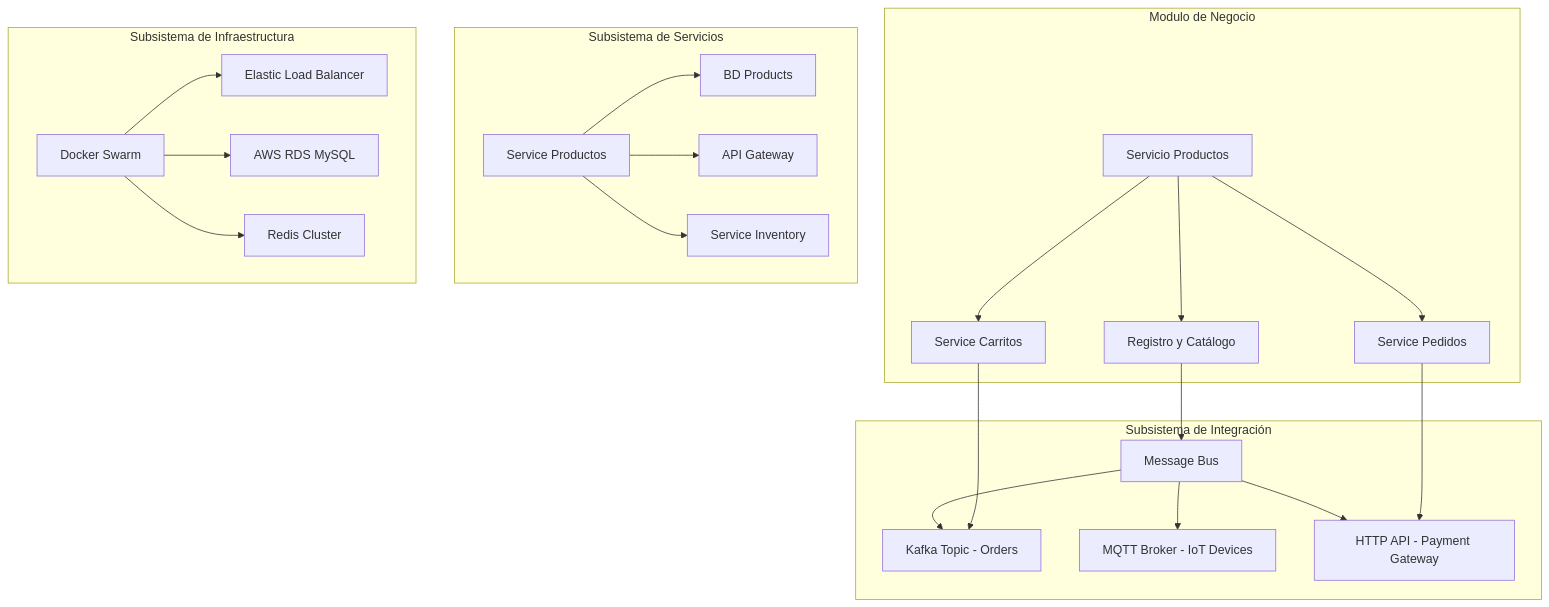
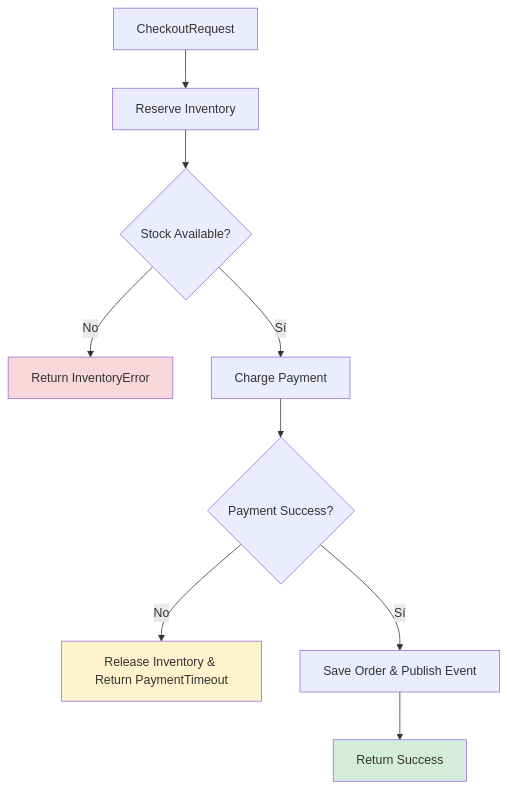
One commit to Joaquinriosheredia/DAM-Java-Mastery changed the third of 7 diagrams in _Review/arquitectura_ecommerce_de_alta_escalabilidad/arquitectura_ecommerce_de_alta_escalabilidad.md. Above: the diagram before and after it, drawn with Mermaid. The commit also changed other lines of this file, not shown here.

````diff
--- a/_Review/arquitectura_ecommerce_de_alta_escalabilidad/arquitectura_ecommerce_de_alta_escalabilidad.md
+++ b/_Review/arquitectura_ecommerce_de_alta_escalabilidad/arquitectura_ecommerce_de_alta_escalabilidad.md
@@ -90,30 +231,15 @@
 ```mermaid
 graph TD
-    subgraph Modulo de Negocio
-        A[Servicio Productos] --> B[Registro y Catálogo]
-        A --> C[Service Carritos]
-        A --> D[Service Pedidos]
-    end
+    A[CheckoutRequest] --> B[Reserve Inventory]
+    B --> C{Stock Available?}
+    C -->|No| D[Return InventoryError]
+    C -->|Sí| E[Charge Payment]
+    E --> F{Payment Success?}
+    F -->|No| G[Release Inventory & Return PaymentTimeout]
+    F -->|Sí| H[Save Order & Publish Event]
+    H --> I[Return Success]
     
-    subgraph Subsistema de Servicios
-        E[Service Productos] --> F[BD Products]
-        E --> G[API Gateway]
-        E --> H[Service Inventory]
-    end
-    
-    subgraph Subsistema de Integración
-        I[Message Bus] --> J[Kafka Topic - Orders]
-        I --> K[MQTT Broker - IoT Devices]
-        I --> L[HTTP API - Payment Gateway]
-    end
-    
-    subgraph Subsistema de Infraestructura
-        M[Docker Swarm] --> N[Elastic Load Balancer]
-        M --> O[AWS RDS MySQL]
-        M --> P[Redis Cluster]
-    end
-
-    B --> I
-    C --> J
-    D --> L
+    style D fill:#f8d7da
+    style G fill:#fff3cd
+    style I fill:#d4edda
 ```
````
